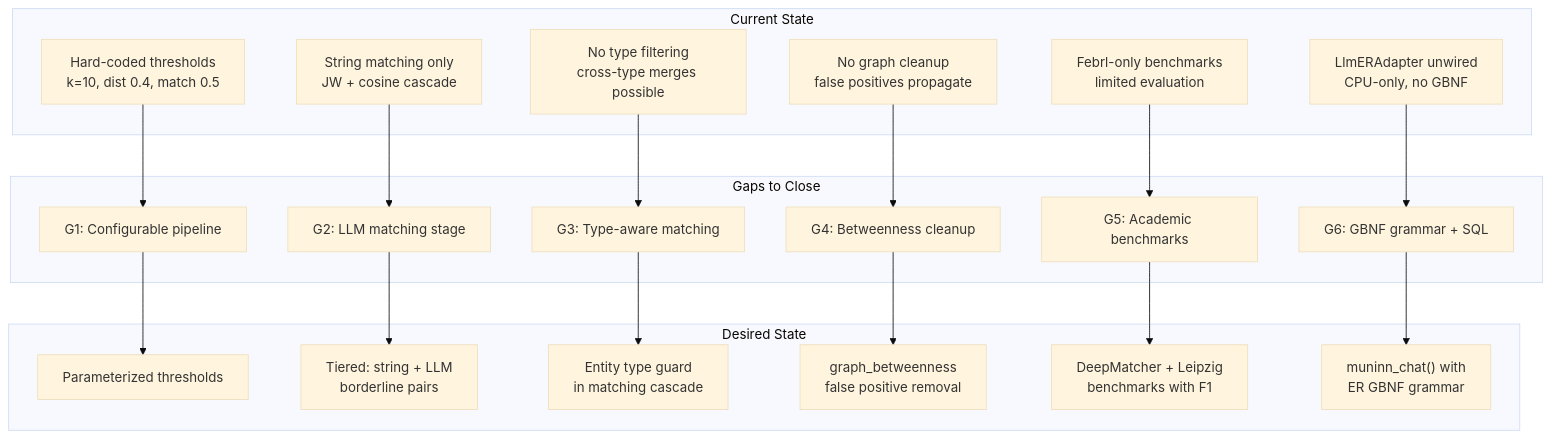
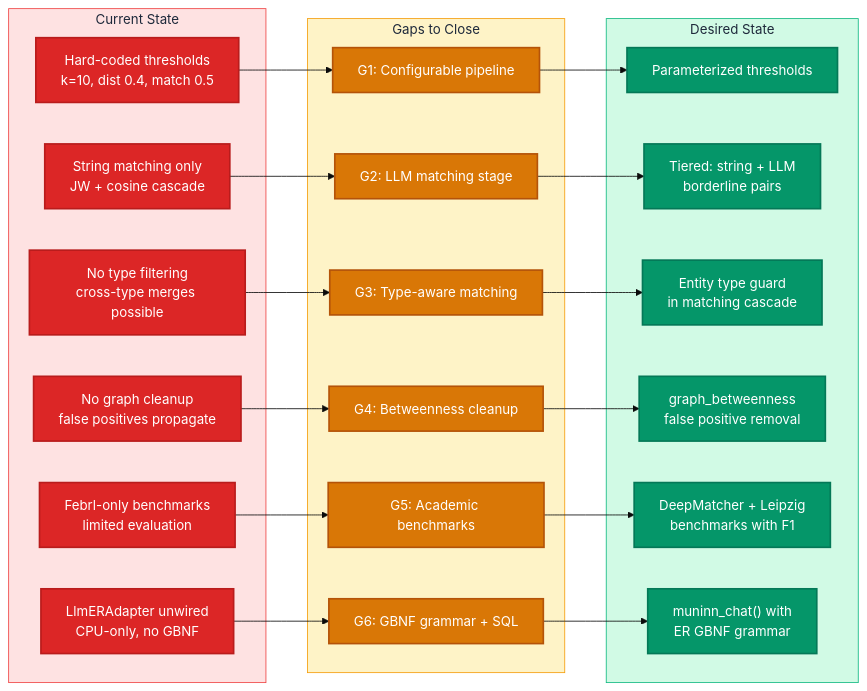
Before and after one commit to neozenith/sqlite-muninn: the third of 4 diagrams in docs/plans/er/00_gap_analysis.md, drawn with Mermaid (base theme). The commit also changed other lines of this file and 12 other files, not shown here.

````diff
--- a/docs/plans/er/00_gap_analysis.md
+++ b/docs/plans/er/00_gap_analysis.md
@@ -215,36 +247,44 @@
 ```mermaid
-flowchart TD
+flowchart LR
     subgraph Current["Current State"]
-        C1["Hard-coded thresholds<br/>k=10, dist 0.4, match 0.5"]
-        C2["String matching only<br/>JW + cosine cascade"]
-        C3["No type filtering<br/>cross-type merges possible"]
-        C4["No graph cleanup<br/>false positives propagate"]
-        C5["Febrl-only benchmarks<br/>limited evaluation"]
-        C6["LlmERAdapter unwired<br/>CPU-only, no GBNF"]
+        C1["Hard-coded thresholds<br/>k=10, dist 0.4, match 0.5"]:::currentNode
+        C2["String matching only<br/>JW + cosine cascade"]:::currentNode
+        C3["No type filtering<br/>cross-type merges possible"]:::currentNode
+        C4["No graph cleanup<br/>false positives propagate"]:::currentNode
+        C5["Febrl-only benchmarks<br/>limited evaluation"]:::currentNode
+        C6["LlmERAdapter unwired<br/>CPU-only, no GBNF"]:::currentNode
     end
 
     subgraph Gaps["Gaps to Close"]
-        G1["G1: Configurable pipeline"]
-        G2["G2: LLM matching stage"]
-        G3["G3: Type-aware matching"]
-        G4["G4: Betweenness cleanup"]
-        G5["G5: Academic benchmarks"]
-        G6["G6: GBNF grammar + SQL"]
+        G1["G1: Configurable pipeline"]:::gapNode
+        G2["G2: LLM matching stage"]:::gapNode
+        G3["G3: Type-aware matching"]:::gapNode
+        G4["G4: Betweenness cleanup"]:::gapNode
+        G5["G5: Academic benchmarks"]:::gapNode
+        G6["G6: GBNF grammar + SQL"]:::gapNode
     end
 
     subgraph Desired["Desired State"]
-        D1["Parameterized thresholds"]
-        D2["Tiered: string + LLM<br/>borderline pairs"]
-        D3["Entity type guard<br/>in matching cascade"]
-        D4["graph_betweenness<br/>false positive removal"]
-        D5["DeepMatcher + Leipzig<br/>benchmarks with F1"]
-        D6["muninn_chat() with<br/>ER GBNF grammar"]
+        D1["Parameterized thresholds"]:::desiredNode
+        D2["Tiered: string + LLM<br/>borderline pairs"]:::desiredNode
+        D3["Entity type guard<br/>in matching cascade"]:::desiredNode
+        D4["graph_betweenness<br/>false positive removal"]:::desiredNode
+        D5["DeepMatcher + Leipzig<br/>benchmarks with F1"]:::desiredNode
+        D6["muninn_chat() with<br/>ER GBNF grammar"]:::desiredNode
     end
 
     C1 --> G1 --> D1
     C2 --> G2 --> D2
     C3 --> G3 --> D3
     C4 --> G4 --> D4
     C5 --> G5 --> D5
     C6 --> G6 --> D6
+
+    classDef currentNode  fill:#dc2626,stroke:#b91c1c,color:#fff,stroke-width:2px
+    classDef gapNode      fill:#d97706,stroke:#b45309,color:#fff,stroke-width:2px
+    classDef desiredNode  fill:#059669,stroke:#047857,color:#fff,stroke-width:2px
+
+    style Current fill:#fee2e2,stroke:#ef4444,color:#1e293b
+    style Gaps fill:#fef3c7,stroke:#f59e0b,color:#1e293b
+    style Desired fill:#d1fae5,stroke:#10b981,color:#1e293b
 ```
````
